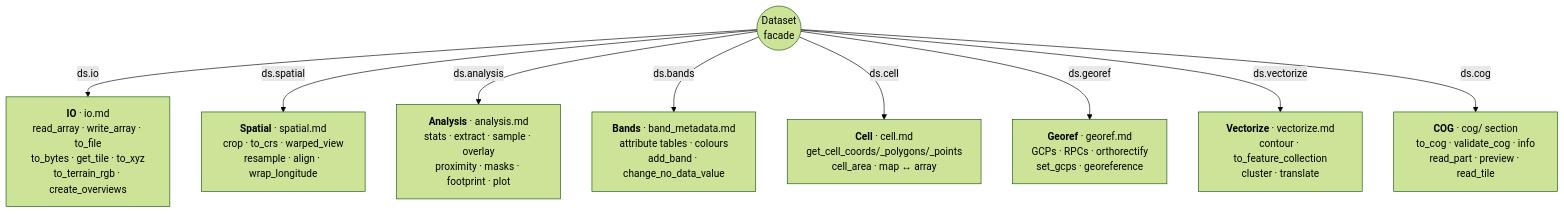
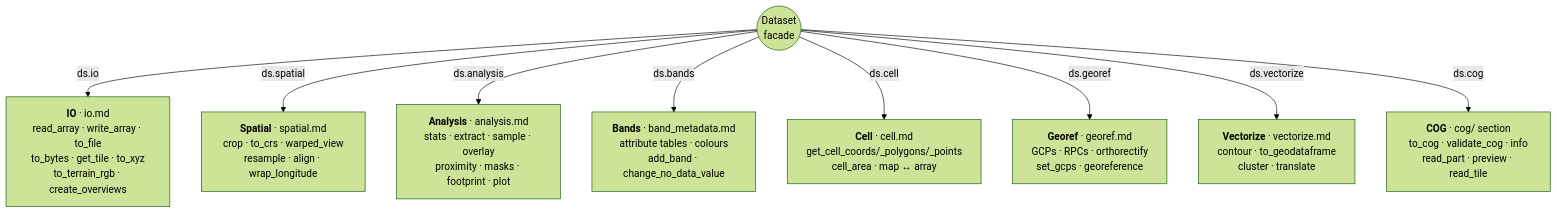
Before and after one commit to serapeum-org/pyramids: the second of 4 diagrams in docs/reference/dataset/index.md, drawn with Mermaid (forest theme). The commit also changed other lines of this file and 28 other files, not shown here.

````diff
--- a/docs/reference/dataset/index.md
+++ b/docs/reference/dataset/index.md
@@ -27,12 +27,12 @@
 ```mermaid
 flowchart TB
     DS(("Dataset<br/>facade"))
     DS -->|ds.io| IO["<b>IO</b> · io.md<br/>read_array · write_array · to_file<br/>to_bytes · get_tile · to_xyz<br/>to_terrain_rgb · create_overviews"]
     DS -->|ds.spatial| SP["<b>Spatial</b> · spatial.md<br/>crop · to_crs · warped_view<br/>resample · align · wrap_longitude"]
     DS -->|ds.analysis| AN["<b>Analysis</b> · analysis.md<br/>stats · extract · sample · overlay<br/>proximity · masks · footprint · plot"]
     DS -->|ds.bands| BA["<b>Bands</b> · band_metadata.md<br/>attribute tables · colours<br/>add_band · change_no_data_value"]
     DS -->|ds.cell| CE["<b>Cell</b> · cell.md<br/>get_cell_coords/_polygons/_points<br/>cell_area · map ↔ array"]
     DS -->|ds.georef| GE["<b>Georef</b> · georef.md<br/>GCPs · RPCs · orthorectify<br/>set_gcps · georeference"]
-    DS -->|ds.vectorize| VE["<b>Vectorize</b> · vectorize.md<br/>contour · to_feature_collection<br/>cluster · translate"]
+    DS -->|ds.vectorize| VE["<b>Vectorize</b> · vectorize.md<br/>contour · to_geodataframe<br/>cluster · translate"]
     DS -->|ds.cog| CG["<b>COG</b> · cog/ section<br/>to_cog · validate_cog · info<br/>read_part · preview · read_tile"]
 ```
````
